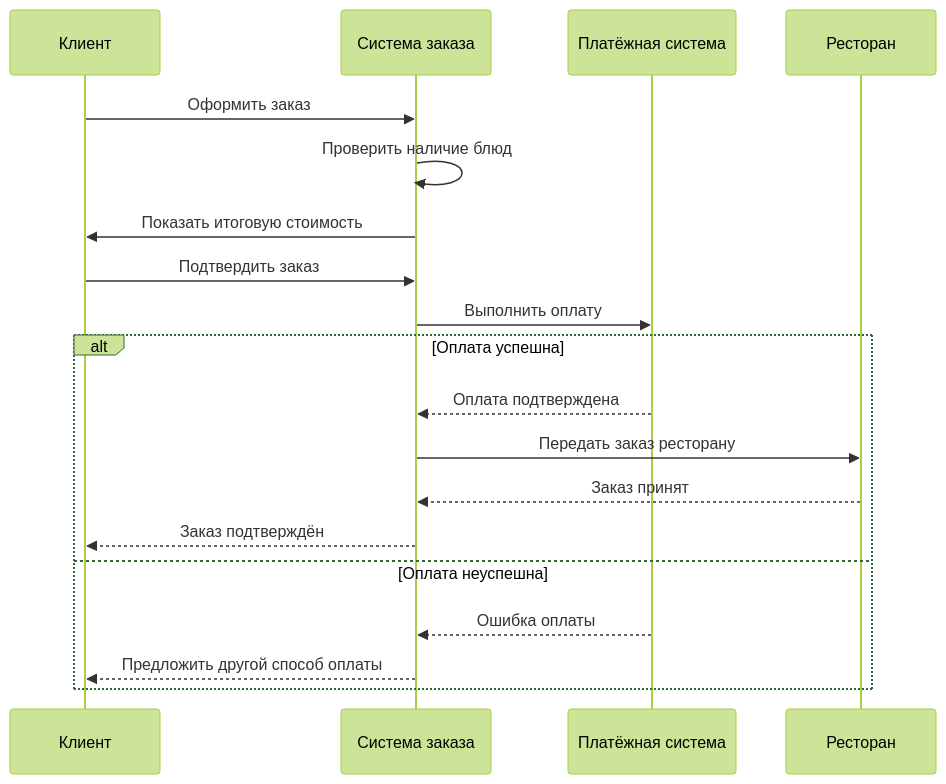
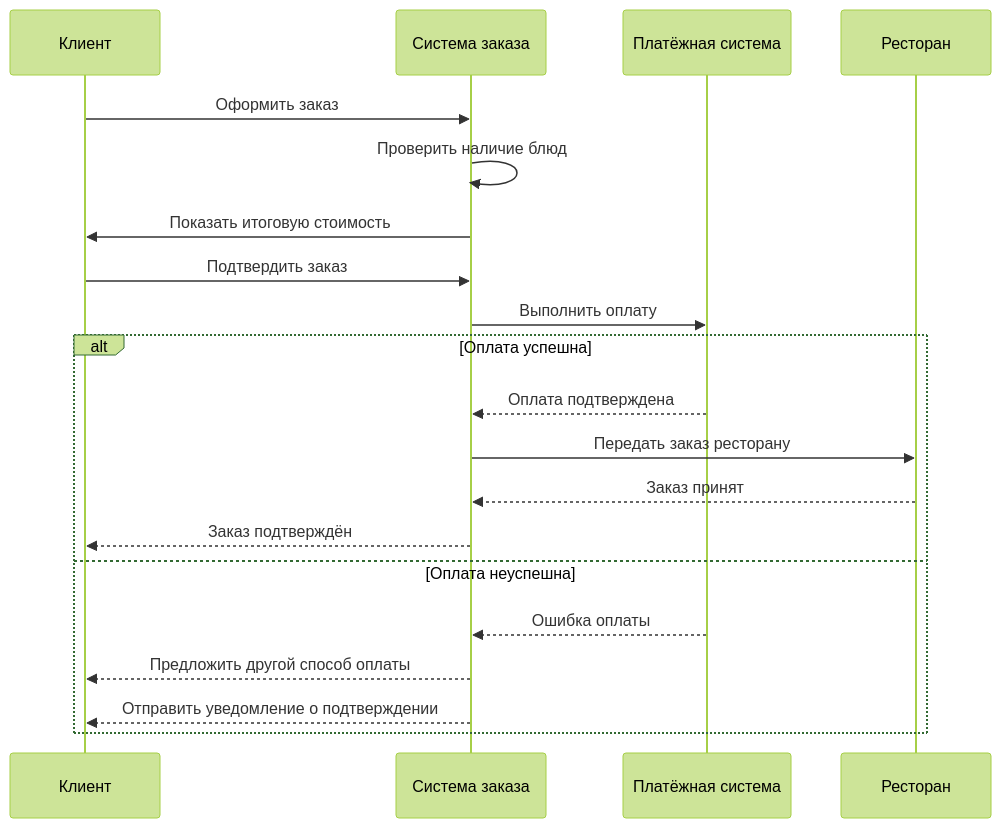
One commit to sandrakula/visual-programming-labs-Sandrakula changed the diagram in lab1/docs/sequence.md. Above: the diagram before and after it, drawn with Mermaid (forest theme). The commit also changed 3 other files, not shown here.

Commit message:
Update UML Activity and Mermaid diagrams

````diff
--- a/lab1/docs/sequence.md
+++ b/lab1/docs/sequence.md
@@ -3,23 +3,24 @@
 ```mermaid
 sequenceDiagram
     participant C as Клиент
     participant S as Система заказа
     participant P as Платёжная система
     participant R as Ресторан
 
     C->>S: Оформить заказ
     S->>S: Проверить наличие блюд
     S->>C: Показать итоговую стоимость
     C->>S: Подтвердить заказ
     S->>P: Выполнить оплату
 
     alt Оплата успешна
         P-->>S: Оплата подтверждена
         S->>R: Передать заказ ресторану
         R-->>S: Заказ принят
         S-->>C: Заказ подтверждён
     else Оплата неуспешна
         P-->>S: Ошибка оплаты
         S-->>C: Предложить другой способ оплаты
+        S-->>C: Отправить уведомление о подтверждении
     end
 ```
````
